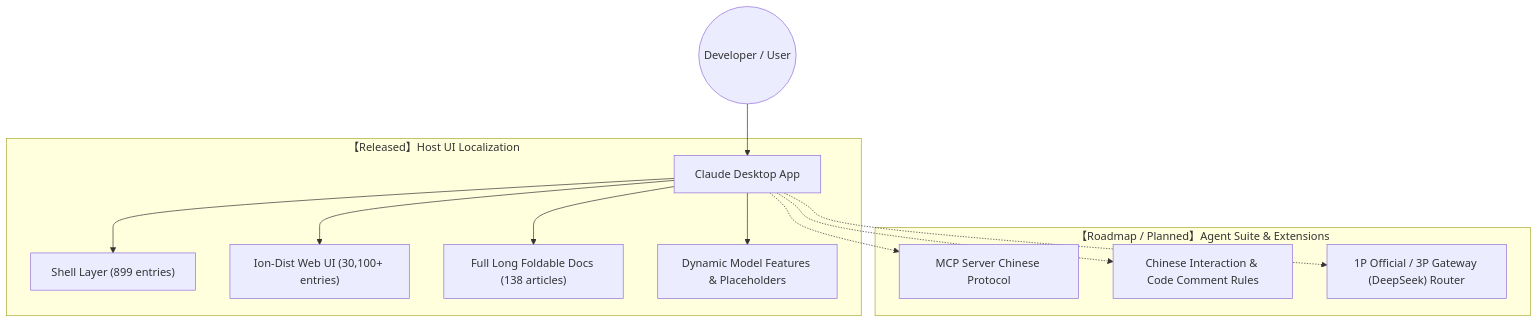
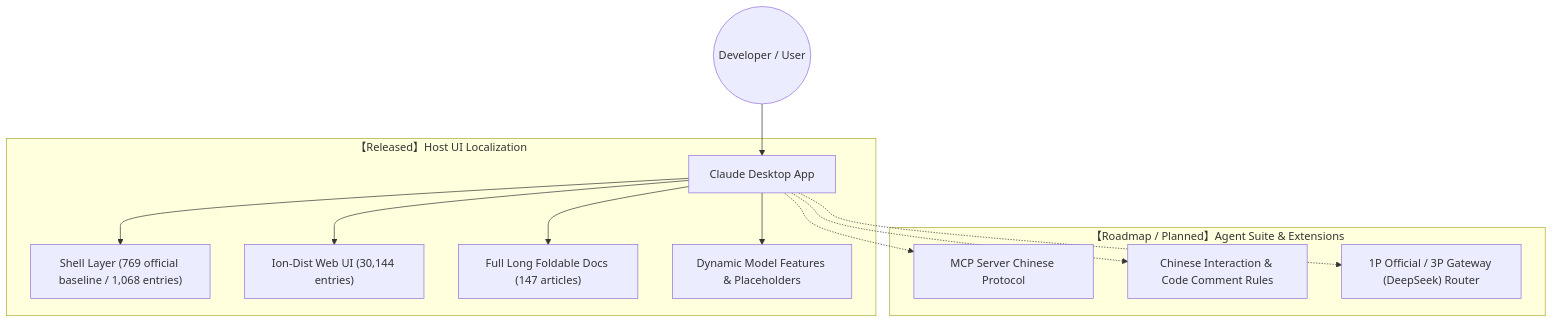
Before and after one commit to yiheng8023/claude-chinese: the first of 2 diagrams in README.en.md, drawn with Mermaid. The commit also changed other lines of this file and 8 other files, not shown here.

````diff
--- a/README.en.md
+++ b/README.en.md
@@ -42,17 +42,17 @@
 ```mermaid
 graph TD
     User((Developer / User)) --> ClaudeApp[Claude Desktop App]
     
     subgraph Mode1 ["【Released】Host UI Localization"]
-        ClaudeApp --> ShellLayer["Shell Layer (899 entries)"]
-        ClaudeApp --> WebUILayer["Ion-Dist Web UI (30,100+ entries)"]
-        ClaudeApp --> LongDocsLayer["Full Long Foldable Docs (138 articles)"]
+        ClaudeApp --> ShellLayer["Shell Layer (769 official baseline / 1,068 entries)"]
+        ClaudeApp --> WebUILayer["Ion-Dist Web UI (30,144 entries)"]
+        ClaudeApp --> LongDocsLayer["Full Long Foldable Docs (147 articles)"]
         ClaudeApp --> DynamicLayer["Dynamic Model Features & Placeholders"]
     end
     
     subgraph Mode2 ["【Roadmap / Planned】Agent Suite & Extensions"]
         ClaudeApp -.-> MCP["MCP Server Chinese Protocol"]
         ClaudeApp -.-> Rules["Chinese Interaction & Code Comment Rules"]
         ClaudeApp -.-> Switcher["1P Official / 3P Gateway (DeepSeek) Router"]
     end
 ```
````
